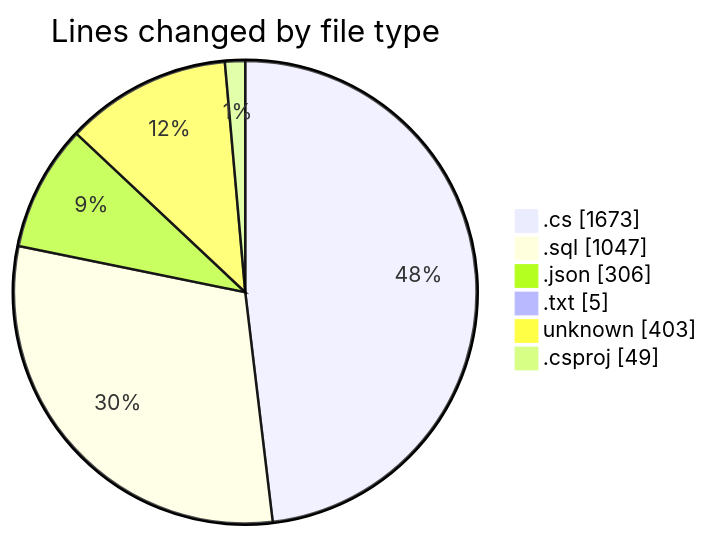
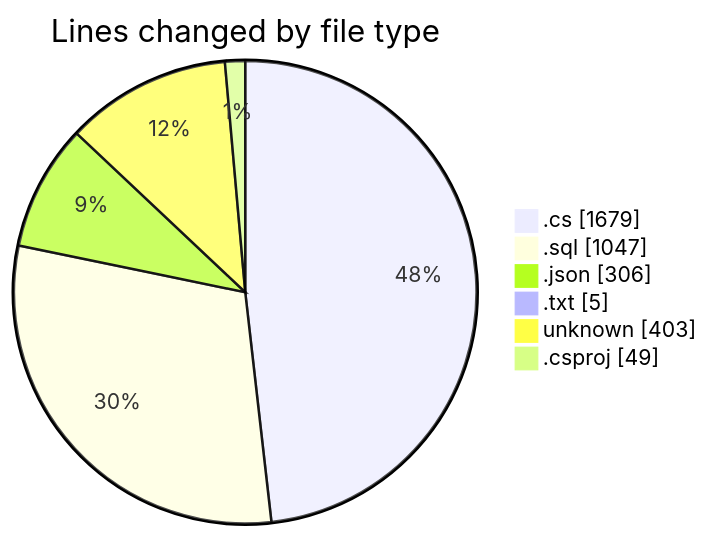
One commit to Netris89/code-tracking changed the first of 2 diagrams in 2025-04-04/back-end/README.md. Above: the diagram before and after it, drawn with Mermaid. The commit also changed other lines of this file and 1 other file, not shown here.

````diff
--- a/2025-04-04/back-end/README.md
+++ b/2025-04-04/back-end/README.md
@@ -34,10 +34,10 @@
 ```mermaid
 pie showData
 title Lines changed by file type
-".cs" : 1673
+".cs" : 1679
 ".sql" : 1047
 ".json" : 306
 ".txt" : 5
 "unknown" : 403
 ".csproj" : 49
 ```
````
